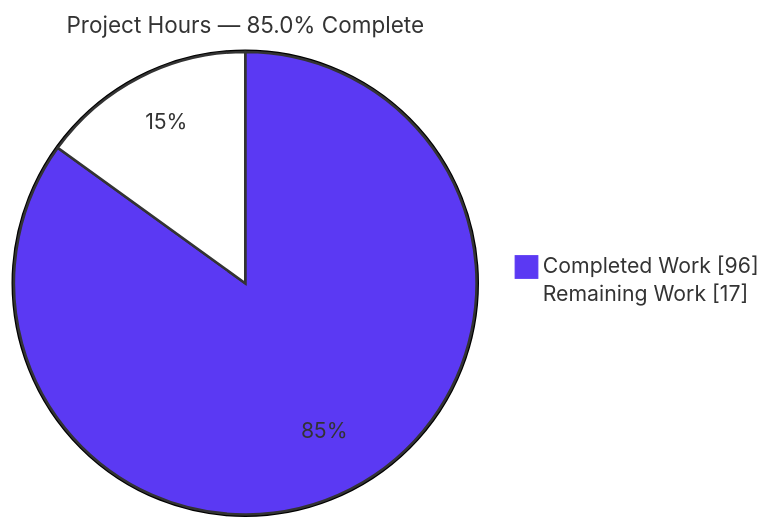
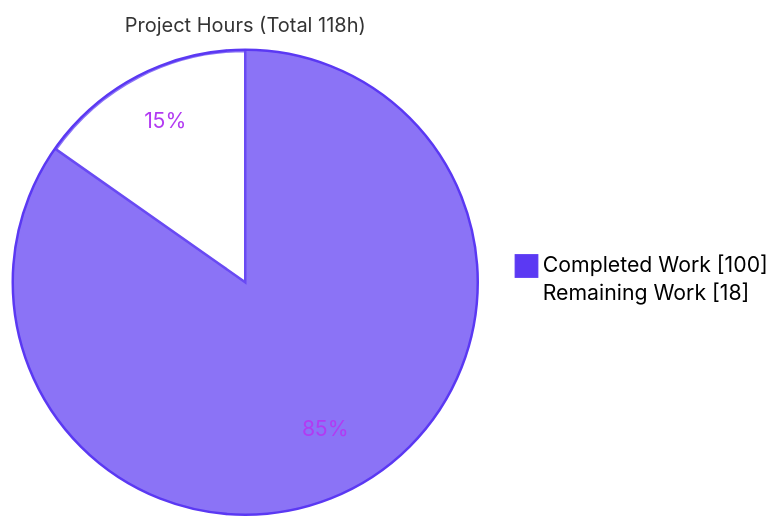
One commit to Blitzy-Sandbox/blitzy-cal changed the second of 4 diagrams in blitzy/documentation/Project Guide.md. Above: the diagram before and after it, drawn with Mermaid. The commit also changed other lines of this file, not shown here.

Commit message:
Adding Blitzy Project Guide: Project Status and Human Tasks Remaining

````diff
--- a/blitzy/documentation/Project Guide.md
+++ b/blitzy/documentation/Project Guide.md
@@ -201,6 +199,6 @@
 ```mermaid
-%%{init: {'theme':'base','themeVariables':{'pie1':'#5B39F3','pie2':'#FFFFFF','pieStrokeColor':'#333333','pieStrokeWidth':'2px','pieOuterStrokeWidth':'2px','pieTitleTextSize':'18px','pieSectionTextColor':'#333333','pieLegendTextColor':'#333333','pieOpacity':'1'}}}%%
-pie showData title Project Hours — 85.0% Complete
-    "Completed Work" : 96
-    "Remaining Work" : 17
+%%{init: {'theme':'base', 'themeVariables': {'pie1':'#5B39F3','pie2':'#FFFFFF','pieStrokeColor':'#5B39F3','pieStrokeWidth':'2px','pieOuterStrokeColor':'#5B39F3','pieOuterStrokeWidth':'2px','pieTitleTextSize':'16px','pieSectionTextColor':'#B23AF2','pieLegendTextColor':'#000000'}}}%%
+pie showData title Project Hours (Total 118h)
+    "Completed Work" : 100
+    "Remaining Work" : 18
 ```
````
